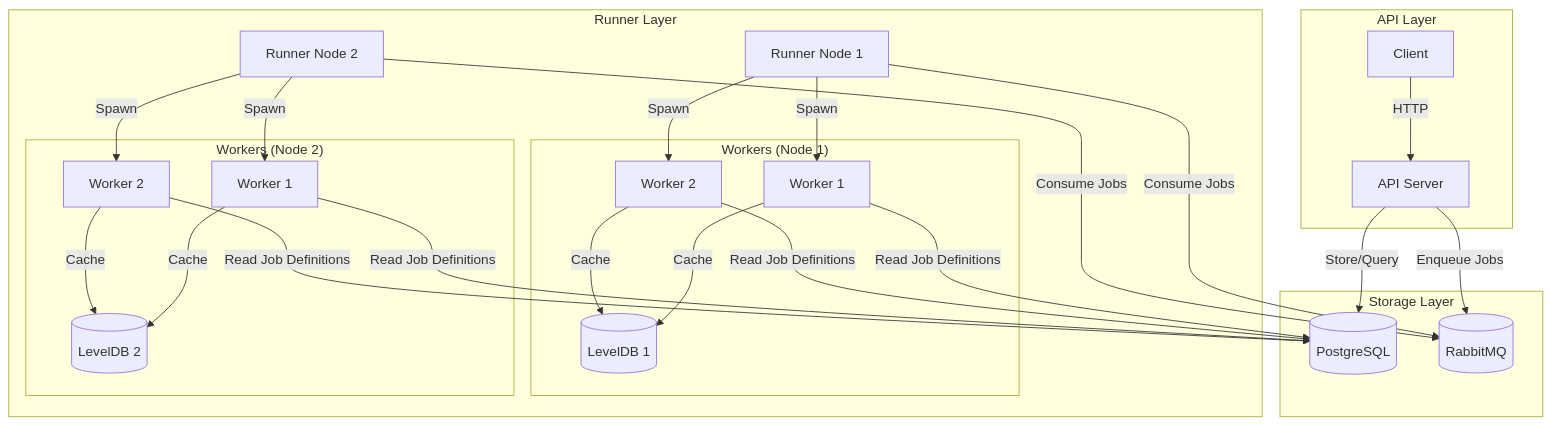
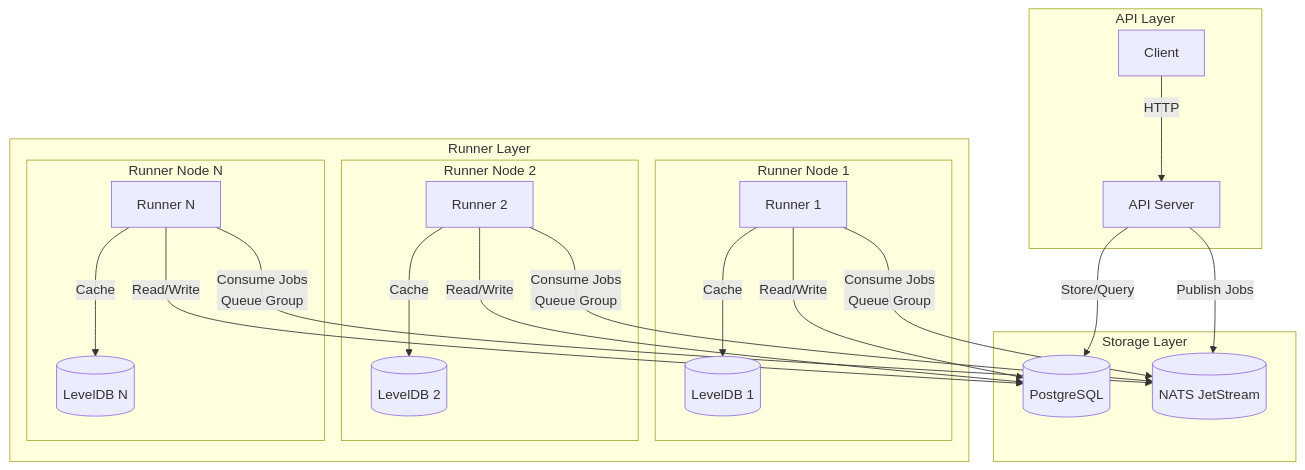
Before and after one commit to fawad-mazhar/naxos: the first of 3 diagrams in README.md, drawn with Mermaid. The commit also changed other lines of this file and 15 other files, not shown here.

First line of the commit message:
feat: migrate from RabbitMQ to NATS JetStream

````diff
--- a/README.md
+++ b/README.md
@@ -29,45 +27,42 @@
   ```mermaid
   flowchart TB
     subgraph "API Layer"
       client[Client]
       api[API Server]
     end
 
     subgraph "Storage Layer"
       pg[(PostgreSQL)]
-      rmq[(RabbitMQ)]
+      nats[(NATS JetStream)]
     end
 
     subgraph "Runner Layer"
-      runner1[Runner Node 1]
-      runner2[Runner Node 2]
-      
-      subgraph "Workers (Node 1)"
-        w1[Worker 1]
-        w2[Worker 2]
+      subgraph "Runner Node 1"
+        runner1[Runner 1]
         ldb1[(LevelDB 1)]
       end
       
-      subgraph "Workers (Node 2)"
-        w3[Worker 1]
-        w4[Worker 2]
+      subgraph "Runner Node 2"
+        runner2[Runner 2]
         ldb2[(LevelDB 2)]
+      end
+
+      subgraph "Runner Node N"
+        runnerN[Runner N]
+        ldbN[(LevelDB N)]
       end
     end
 
     client -->|HTTP| api
     api -->|Store/Query| pg
-    api -->|Enqueue Jobs| rmq
+    api -->|Publish Jobs| nats
     
-    runner1 -->|Spawn| w1
-    runner1 -->|Spawn| w2
-    runner2 -->|Spawn| w3
-    runner2 -->|Spawn| w4
+    runner1 -->|Cache| ldb1
+    runner2 -->|Cache| ldb2
+    runnerN -->|Cache| ldbN
     
-    w1 & w2 -->|Cache| ldb1
-    w3 & w4 -->|Cache| ldb2
-    
-    runner1 -->|Consume Jobs| rmq
-    runner2 -->|Consume Jobs| rmq
-    w1 & w2 & w3 & w4 -->|Read Job Definitions| pg
+    runner1 -->|Consume Jobs<br/>Queue Group| nats
+    runner2 -->|Consume Jobs<br/>Queue Group| nats
+    runnerN -->|Consume Jobs<br/>Queue Group| nats
+    runner1 & runner2 & runnerN -->|Read/Write| pg
   ```
````
